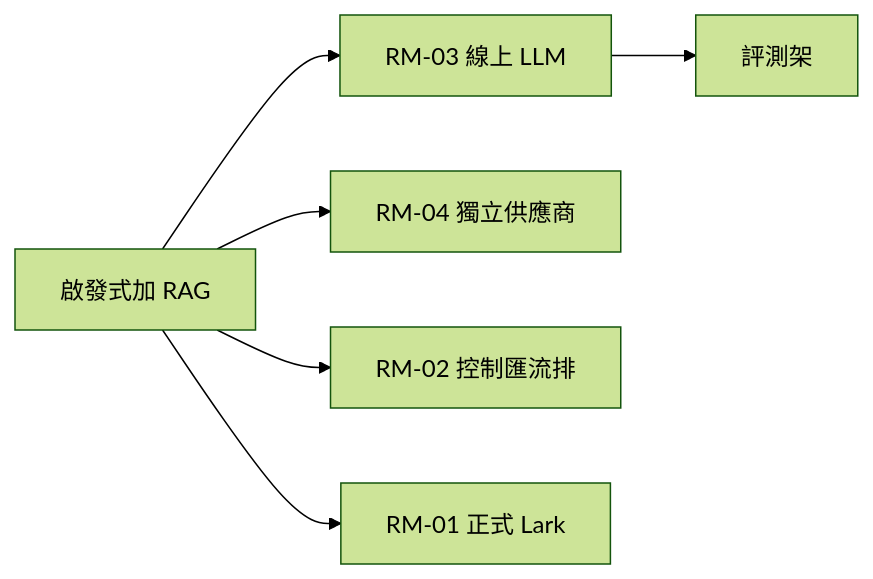
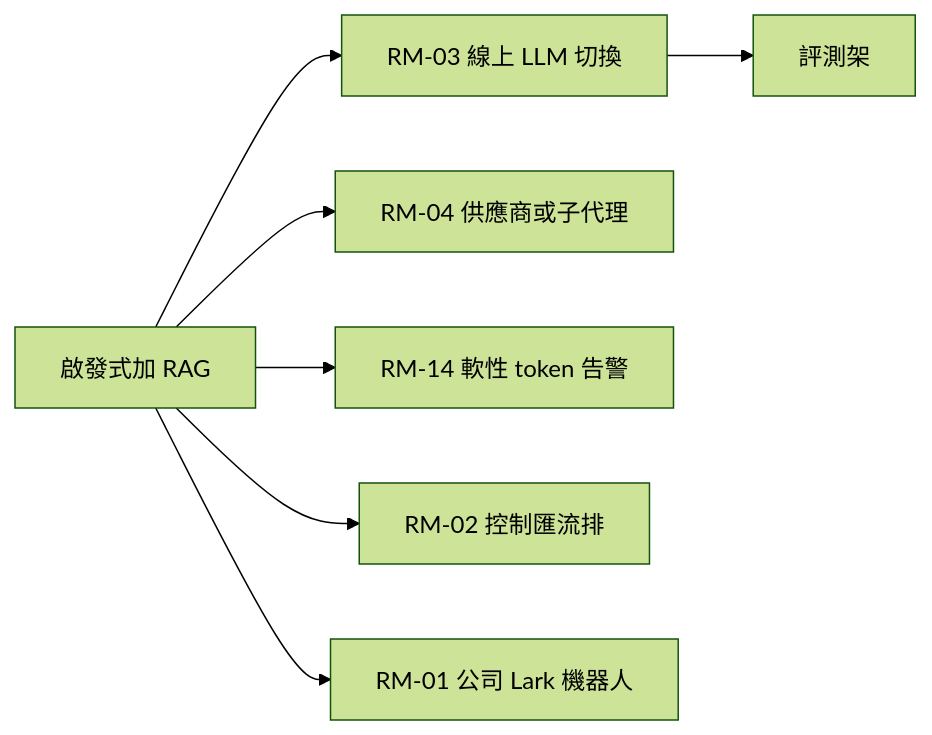
Before and after one commit to hxyan2020/PRD: diagram 11 of 14 in platform/docs/AI_USE.zh-Hant.md, drawn with Mermaid (forest theme). The commit also changed other lines of this file and 22 other files, not shown here.

````diff
--- a/platform/docs/AI_USE.zh-Hant.md
+++ b/platform/docs/AI_USE.zh-Hant.md
@@ -321,8 +323,9 @@
 ```mermaid
 graph LR
-  Today[啟發式加 RAG] --> Llm[RM-03 線上 LLM]
+  Today[啟發式加 RAG] --> Llm[RM-03 線上 LLM 切換]
   Llm --> Eval[評測架]
-  Today --> Chal[RM-04 獨立供應商]
+  Today --> Chal[RM-04 供應商或子代理]
+  Today --> Soft[RM-14 軟性 token 告警]
   Today --> Bus[RM-02 控制匯流排]
-  Today --> Lark[RM-01 正式 Lark]
+  Today --> Lark[RM-01 公司 Lark 機器人]
 ```
````
